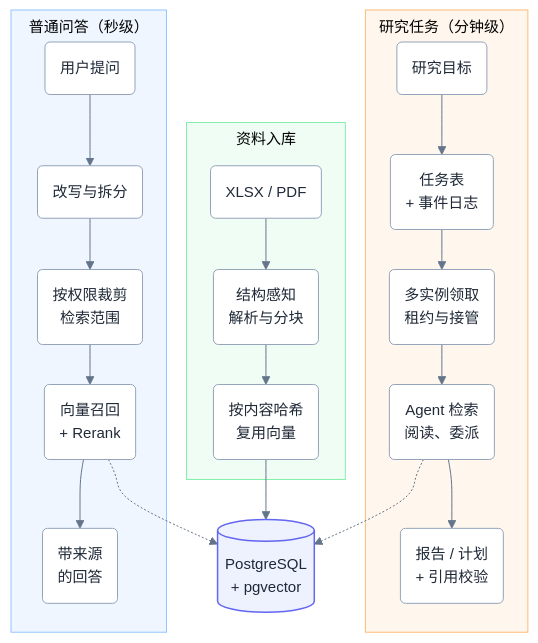
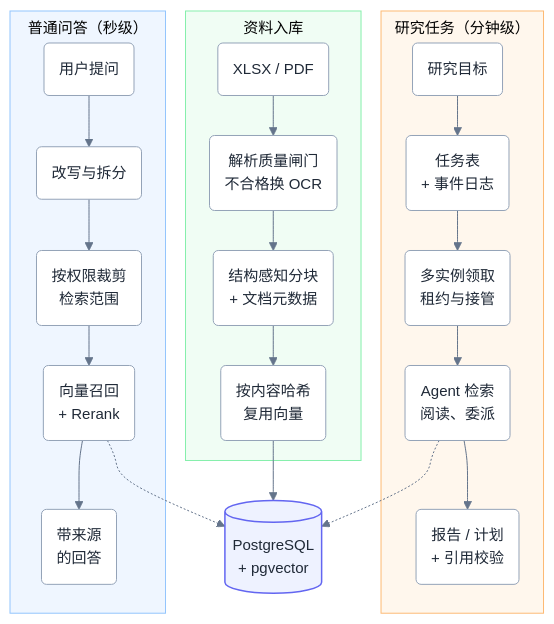
The diagram in docs/iron-ore-rag/images/overview.mmd (qiyu-lu/ragent), drawn with Mermaid before and after one commit. The commit also changed 2 other files, not shown here.

```diff
--- a/docs/iron-ore-rag/images/overview.mmd
+++ b/docs/iron-ore-rag/images/overview.mmd
@@ -1,27 +1,28 @@
 %%{init: {"theme": "base", "fontFamily": "Noto Sans CJK SC, PingFang SC, Microsoft YaHei, sans-serif", "themeVariables": {"fontSize": "15px", "primaryColor": "#ffffff", "primaryBorderColor": "#94a3b8", "primaryTextColor": "#1f2937", "lineColor": "#64748b"}, "flowchart": {"nodeSpacing": 28, "rankSpacing": 40, "subGraphTitleMargin": {"top": 6, "bottom": 6}}}}%%
 flowchart TB
     %% 重新生成：npx -p @mermaid-js/mermaid-cli mmdc -i overview.mmd -o overview.png -s 3 -b white
     subgraph RS ["研究任务（分钟级）"]
         R("研究目标") --> T("任务表<br/>+ 事件日志")
         T --> N("多实例领取<br/>租约与接管")
         N --> S("Agent 检索<br/>阅读、委派")
         S --> G("报告 / 计划<br/>+ 引用校验")
     end
     subgraph ING ["资料入库"]
-        A("XLSX / PDF") --> B("结构感知<br/>解析与分块")
+        A("XLSX / PDF") --> QG("解析质量闸门<br/>不合格换 OCR")
+        QG --> B("结构感知分块<br/>+ 文档元数据")
         B --> V("按内容哈希<br/>复用向量")
     end
     subgraph QA ["普通问答（秒级）"]
         Q("用户提问") --> W("改写与拆分")
         W --> P("按权限裁剪<br/>检索范围")
         P --> K("向量召回<br/>+ Rerank")
         K --> E("带来源<br/>的回答")
     end
     V --> DB[("PostgreSQL<br/>+ pgvector")]
     K -.-> DB
     S -.-> DB
     style QA fill:#eff6ff,stroke:#93c5fd
     style ING fill:#f0fdf4,stroke:#86efac
     style RS fill:#fff7ed,stroke:#fdba74
     classDef db fill:#eef2ff,stroke:#6366f1,stroke-width:1.5px
     class DB db
```
